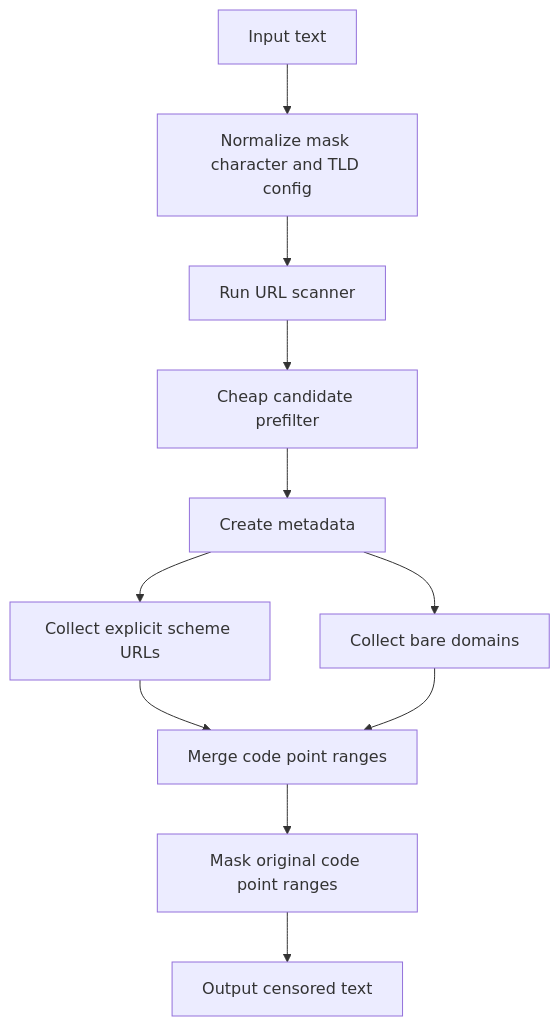
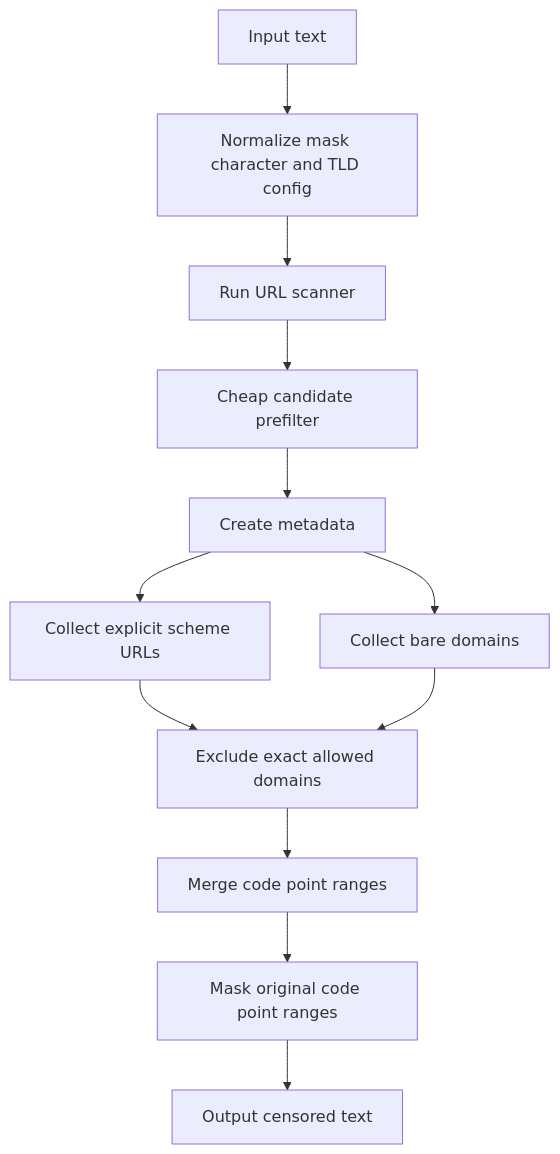
The first of 2 diagrams in docs/architecture.md (textfilters/textfilters), drawn with Mermaid before and after one commit. The commit also changed other lines of this file and 8 other files, not shown here.

````diff
--- a/docs/architecture.md
+++ b/docs/architecture.md
@@ -25,13 +32,14 @@
 ```mermaid
 flowchart TD
   input["Input text"] --> config["Normalize mask character and TLD config"]
   config --> scanner["Run URL scanner"]
   scanner --> prefilter["Cheap candidate prefilter"]
   prefilter --> meta["Create metadata"]
   meta --> explicit["Collect explicit scheme URLs"]
   meta --> bare["Collect bare domains"]
-  explicit --> merge["Merge code point ranges"]
-  bare --> merge
+  explicit --> allowlist["Exclude exact allowed domains"]
+  bare --> allowlist
+  allowlist --> merge["Merge code point ranges"]
   merge --> mask["Mask original code point ranges"]
   mask --> output["Output censored text"]
 ```
````
